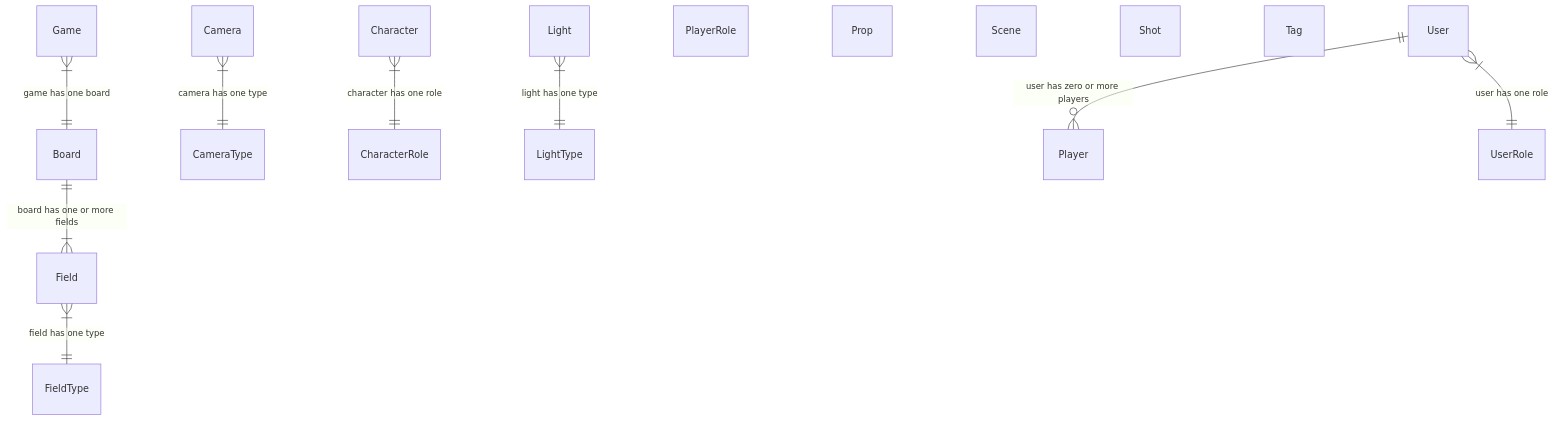
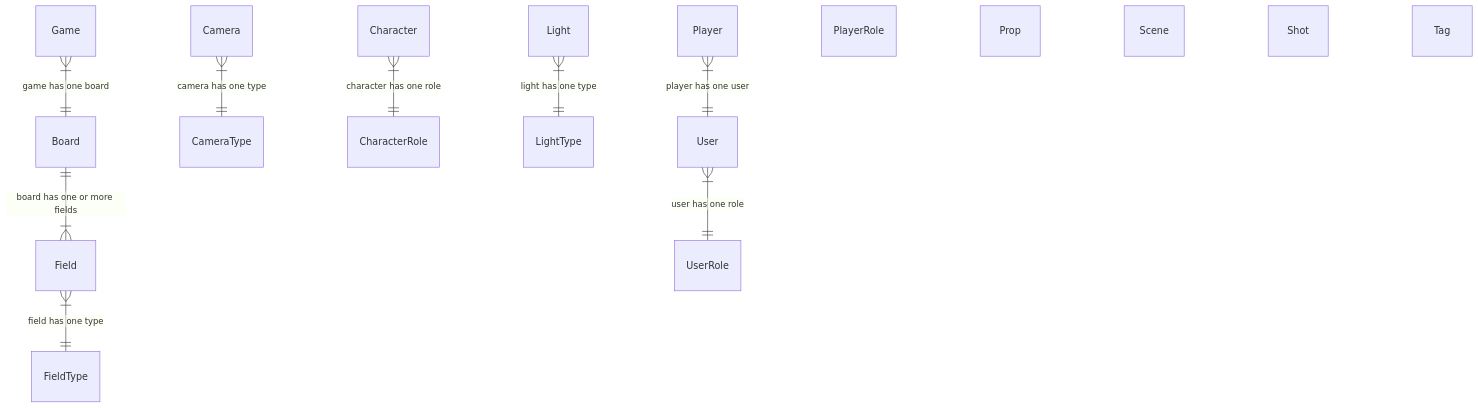
Before and after one commit to vanHeemstraSystems/flask-babylonjs: the diagram in 300/900/README.md, drawn with Mermaid.

````diff
--- a/300/900/README.md
+++ b/300/900/README.md
@@ -3,23 +3,22 @@
 ``` mermaid
 erDiagram
     Board ||--|{ Field : "board has one or more fields"
     Camera }|--|| CameraType : "camera has one type"
     CameraType
     Character }|--|| CharacterRole : "character has one role"
     CharacterRole
     Field }|--|| FieldType : "field has one type"
     Field
     FieldType
     Game }|--|| Board : "game has one board"
     Light }|--|| LightType : "light has one type"
     LightType
-    Player
+    Player }|--|| User : "player has one user"
     PlayerRole
     Prop
     Scene
     Shot
     Tag
-    User ||--o{ Player : "user has zero or more players"
     User }|--|| UserRole : "user has one role"
     UserRole
 ```
````
